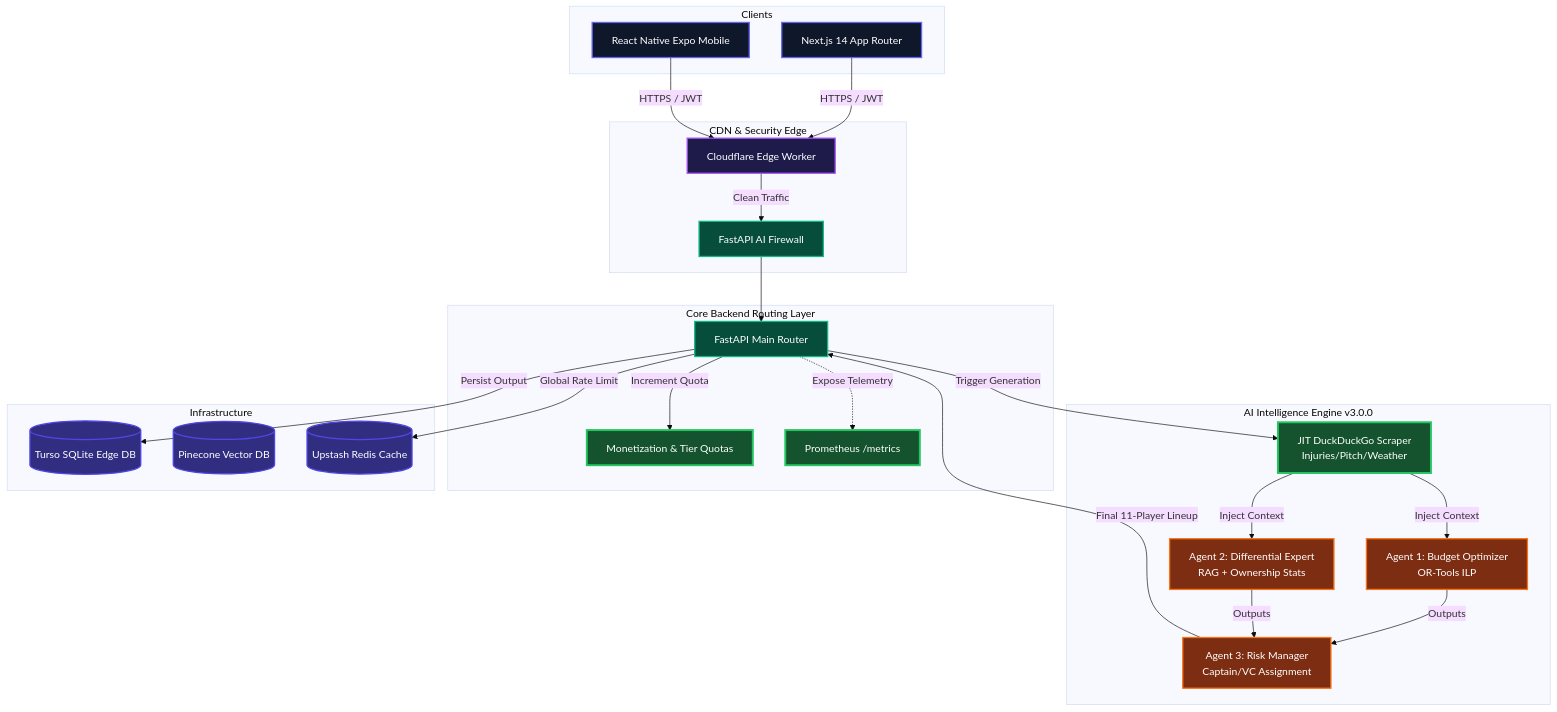
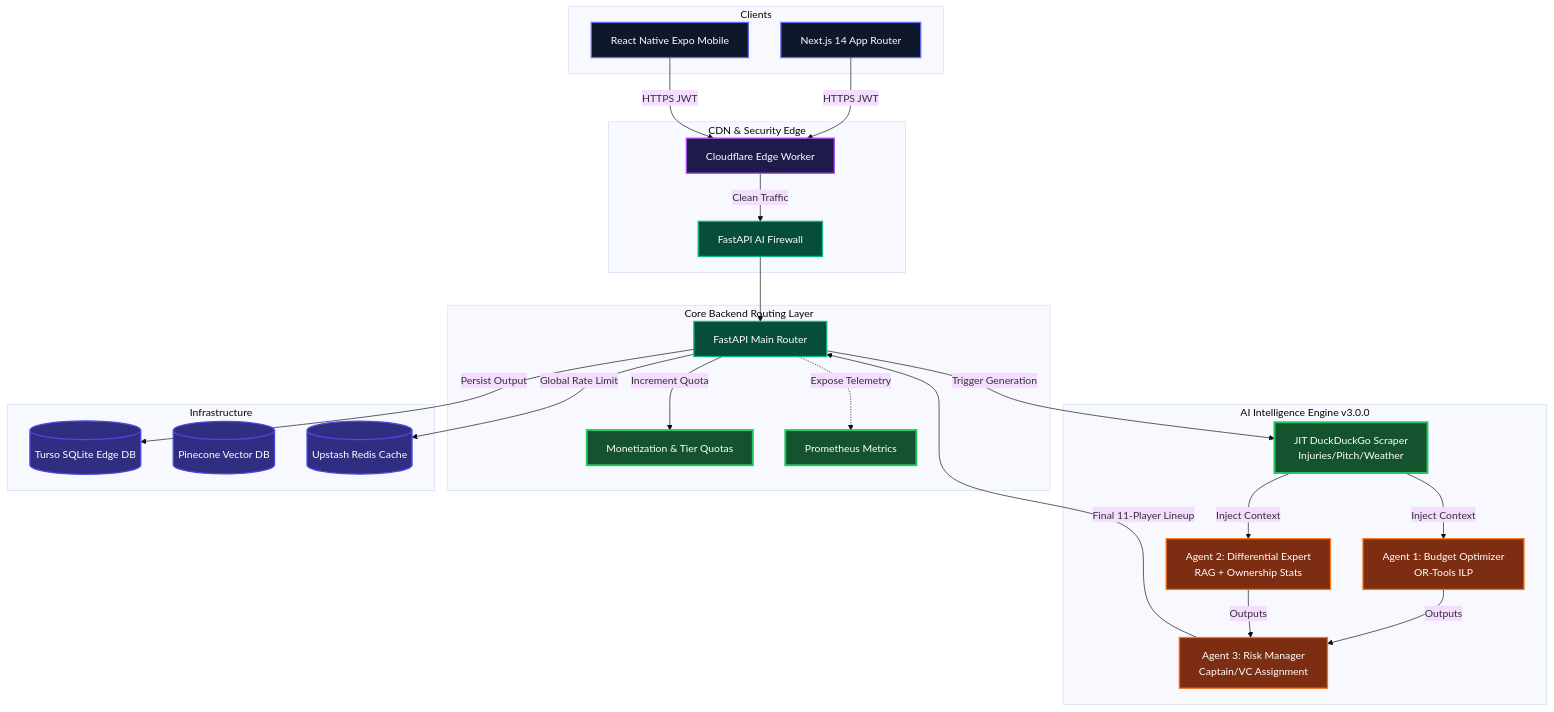
One commit to Inayat-0007/teamgenie-ai-PRIVATE-PATENT-2026 changed the diagram in README.md. Above: the diagram before and after it, drawn with Mermaid (base theme).

Commit message:
docs: Fix mermaid diagram syntax to ensure proper rendering on GitHub

````diff
--- a/README.md
+++ b/README.md
@@ -105,52 +105,61 @@
 ```mermaid
 graph TD
     %% Styling
     classDef client fill:#0f172a,stroke:#6366f1,stroke-width:2px,color:#fff
     classDef edge fill:#1e1b4b,stroke:#a855f7,stroke-width:2px,color:#fff
     classDef api fill:#064e3b,stroke:#10b981,stroke-width:2px,color:#fff
     classDef ai fill:#7c2d12,stroke:#f97316,stroke-width:2px,color:#fff
     classDef db fill:#312e81,stroke:#4f46e5,stroke-width:2px,color:#fff
     classDef new fill:#14532d,stroke:#22c55e,stroke-width:3px,color:#fff
 
-    subgraph Clients
+    subgraph clients_layer [Clients]
         W[Next.js 14 App Router]:::client
         M[React Native Expo Mobile]:::client
     end
 
-    subgraph CDN & Security Edge
+    subgraph security_edge [CDN & Security Edge]
         CF[Cloudflare Edge Worker]:::edge
         FW[FastAPI AI Firewall]:::api
     end
 
-    subgraph Core Backend Routing Layer
+    subgraph core_layer [Core Backend Routing Layer]
         API[FastAPI Main Router]:::api
         PAY[Monetization & Tier Quotas]:::new
-        METRICS["Prometheus /metrics"]:::new
+        METRICS["Prometheus Metrics"]:::new
     end
 
-    subgraph AI Intelligence Engine v3.0.0
+    subgraph ai_engine [AI Intelligence Engine v3.0.0]
         JIT["JIT DuckDuckGo Scraper<br>Injuries/Pitch/Weather"]:::new
         B["Agent 1: Budget Optimizer<br>OR-Tools ILP"]:::ai
         D["Agent 2: Differential Expert<br>RAG + Ownership Stats"]:::ai
         R["Agent 3: Risk Manager<br>Captain/VC Assignment"]:::ai
     end
 
-    subgraph Infrastructure
+    subgraph infrastructure [Infrastructure]
         T[(Turso SQLite Edge DB)]:::db
         P[(Pinecone Vector DB)]:::db
         U[(Upstash Redis Cache)]:::db
     end
 
     %% Flow Definitions
-    W & M -->|HTTPS / JWT| CF
+    W -->|HTTPS JWT| CF
+    M -->|HTTPS JWT| CF
+    
     CF -->|Clean Traffic| FW
     FW --> API
+    
     API -->|Increment Quota| PAY
     API -->|Trigger Generation| JIT
-    JIT -->|Inject Context| B & D
-    B & D -->|Outputs| R
+    
+    JIT -->|Inject Context| B
+    JIT -->|Inject Context| D
+    
+    B -->|Outputs| R
+    D -->|Outputs| R
+    
     R -->|Final 11-Player Lineup| API
+    
     API -->|Persist Output| T
     API -->|Global Rate Limit| U
     API -.->|Expose Telemetry| METRICS
 ```
````
